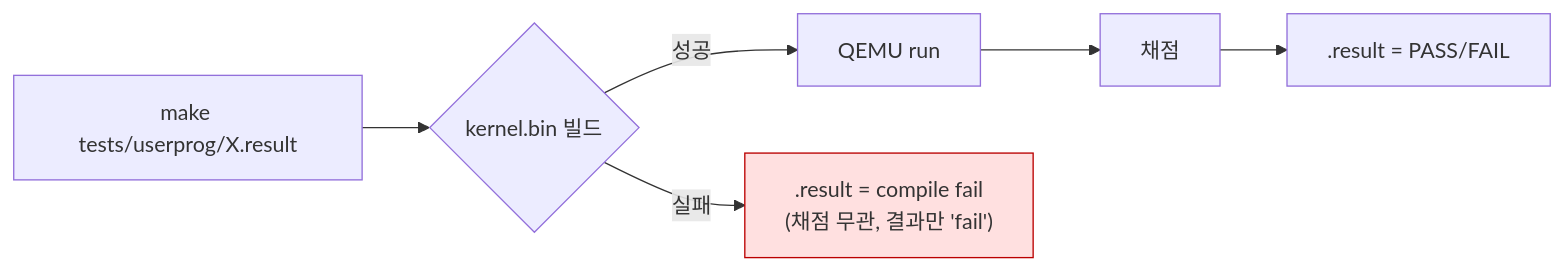
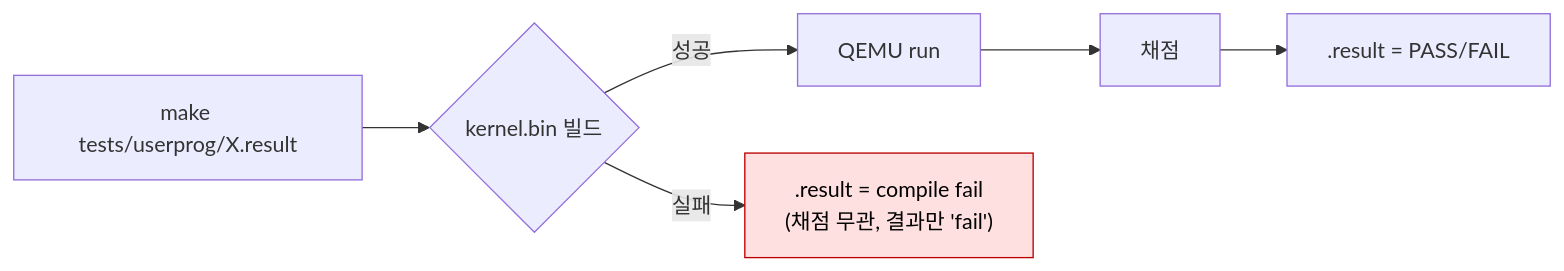
Before and after one commit to JYPark-Code/SW-AI-W1112-Pintos: the first of 7 diagrams in TIL/project3_vm_userprog_regression_til.md, drawn with Mermaid. The commit also changed other lines of this file, not shown here.

First line of the commit message:
docs(TIL): mermaid 박스의 글씨 색을 검은색으로 고정

````diff
--- a/TIL/project3_vm_userprog_regression_til.md
+++ b/TIL/project3_vm_userprog_regression_til.md
@@ -44,9 +44,9 @@
 ```mermaid
 flowchart LR
     A[make tests/userprog/X.result] --> B{kernel.bin 빌드}
     B -->|성공| C[QEMU run]
     B -->|실패| F[".result = compile fail<br/>(채점 무관, 결과만 'fail')"]
     C --> D[채점]
     D --> E[.result = PASS/FAIL]
-    style F fill:#ffe0e0,stroke:#b00
+    style F fill:#ffe0e0,stroke:#b00,color:#000
 ```
````
